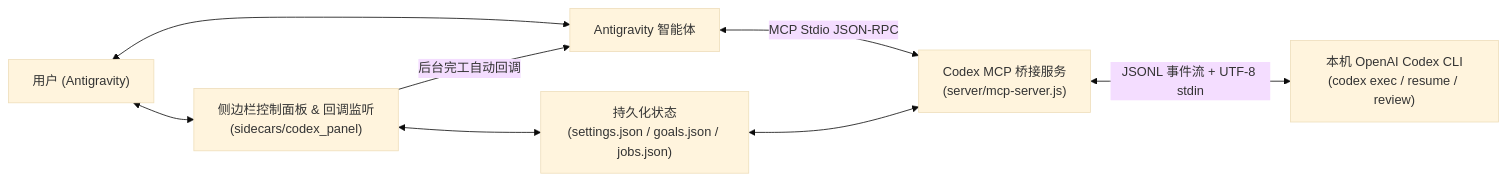
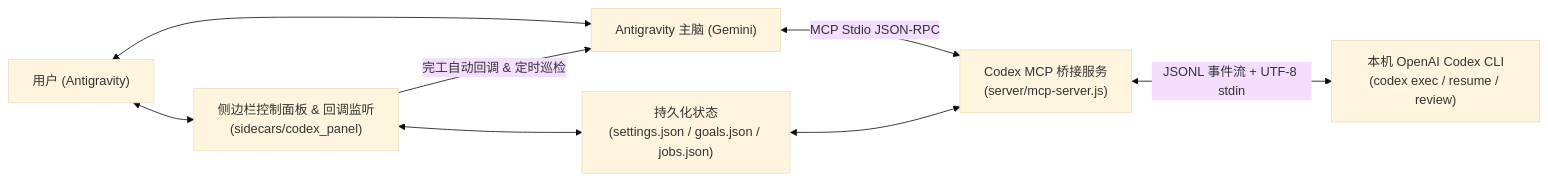
The diagram in README.zh-CN.md (yeyuhants-prog/codex-bridge), drawn with Mermaid (base theme) before and after one commit. The commit also changed other lines of this file and 5 other files, not shown here.

````diff
--- a/README.zh-CN.md
+++ b/README.zh-CN.md
@@ -50,10 +136,10 @@
 ```mermaid
 flowchart LR
-  User["用户 (Antigravity)"] <--> Agent["Antigravity 智能体"]
+  User["用户 (Antigravity)"] <--> Agent["Antigravity 主脑 (Gemini)"]
   User <--> Panel["侧边栏控制面板 & 回调监听<br/>(sidecars/codex_panel)"]
-  Panel -->|后台完工自动回调| Agent
+  Panel -->|完工自动回调 & 定时巡检| Agent
   Panel <--> Store["持久化状态<br/>(settings.json / goals.json / jobs.json)"]
   Agent <-->|MCP Stdio JSON-RPC| Server["Codex MCP 桥接服务<br/>(server/mcp-server.js)"]
   Store <--> Server
   Server <-->|JSONL 事件流 + UTF-8 stdin| Codex["本机 OpenAI Codex CLI<br/>(codex exec / resume / review)"]
 ```
````
